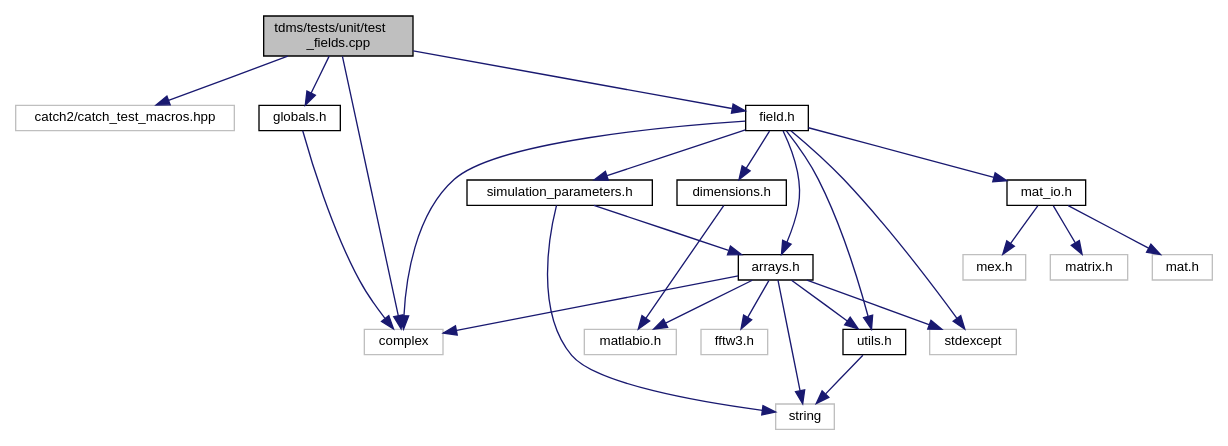
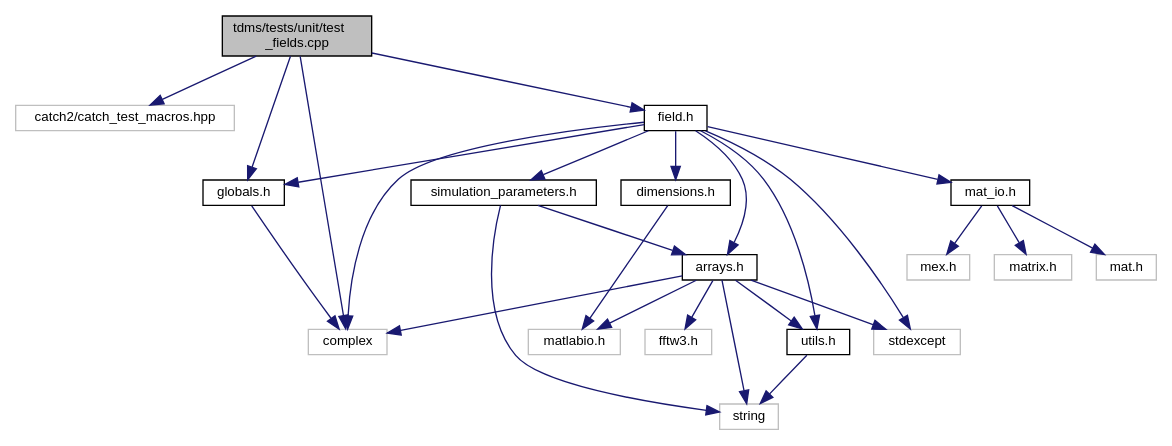
The diagram in test__fields_8cpp__incl.dot (UCL/TDMS), drawn with Graphviz before and after one commit. The commit also changed 173 other files, not shown here.

```diff
--- a/test__fields_8cpp__incl.dot
+++ b/test__fields_8cpp__incl.dot
@@ -1,48 +1,49 @@
 digraph "tdms/tests/unit/test_fields.cpp"
 {
  // LATEX_PDF_SIZE
   edge [fontname="Helvetica",fontsize="10",labelfontname="Helvetica",labelfontsize="10"];
   node [fontname="Helvetica",fontsize="10",shape=record];
   Node1 [label="tdms/tests/unit/test\l_fields.cpp",height=0.2,width=0.4,color="black", fillcolor="grey75", style="filled", fontcolor="black",tooltip="Test of the Field class and subclasses."];
   Node1 -> Node2 [color="midnightblue",fontsize="10",style="solid",fontname="Helvetica"];
   Node2 [label="catch2/catch_test_macros.hpp",height=0.2,width=0.4,color="grey75", fillcolor="white", style="filled",tooltip=" "];
   Node1 -> Node3 [color="midnightblue",fontsize="10",style="solid",fontname="Helvetica"];
   Node3 [label="complex",height=0.2,width=0.4,color="grey75", fillcolor="white", style="filled",tooltip=" "];
   Node1 -> Node4 [color="midnightblue",fontsize="10",style="solid",fontname="Helvetica"];
   Node4 [label="field.h",height=0.2,width=0.4,color="black", fillcolor="white", style="filled",URL="$field_8h.html",tooltip="Classes for the electric and magnetic (split) fields on a grid."];
   Node4 -> Node3 [color="midnightblue",fontsize="10",style="solid",fontname="Helvetica"];
   Node4 -> Node5 [color="midnightblue",fontsize="10",style="solid",fontname="Helvetica"];
   Node5 [label="stdexcept",height=0.2,width=0.4,color="grey75", fillcolor="white", style="filled",tooltip=" "];
   Node4 -> Node6 [color="midnightblue",fontsize="10",style="solid",fontname="Helvetica"];
   Node6 [label="arrays.h",height=0.2,width=0.4,color="black", fillcolor="white", style="filled",URL="$arrays_8h.html",tooltip="Classes describing arrays, vertices etc."];
   Node6 -> Node3 [color="midnightblue",fontsize="10",style="solid",fontname="Helvetica"];
   Node6 -> Node7 [color="midnightblue",fontsize="10",style="solid",fontname="Helvetica"];
   Node7 [label="string",height=0.2,width=0.4,color="grey75", fillcolor="white", style="filled",tooltip=" "];
   Node6 -> Node8 [color="midnightblue",fontsize="10",style="solid",fontname="Helvetica"];
   Node8 [label="fftw3.h",height=0.2,width=0.4,color="grey75", fillcolor="white", style="filled",tooltip=" "];
   Node6 -> Node5 [color="midnightblue",fontsize="10",style="solid",fontname="Helvetica"];
   Node6 -> Node9 [color="midnightblue",fontsize="10",style="solid",fontname="Helvetica"];
   Node9 [label="matlabio.h",height=0.2,width=0.4,color="grey75", fillcolor="white", style="filled",tooltip=" "];
   Node6 -> Node10 [color="midnightblue",fontsize="10",style="solid",fontname="Helvetica"];
   Node10 [label="utils.h",height=0.2,width=0.4,color="black", fillcolor="white", style="filled",URL="$utils_8h.html",tooltip="Useful miscellaneous utility functions."];
   Node10 -> Node7 [color="midnightblue",fontsize="10",style="solid",fontname="Helvetica"];
   Node4 -> Node11 [color="midnightblue",fontsize="10",style="solid",fontname="Helvetica"];
   Node11 [label="dimensions.h",height=0.2,width=0.4,color="black", fillcolor="white", style="filled",URL="$dimensions_8h.html",tooltip=" "];
   Node11 -> Node9 [color="midnightblue",fontsize="10",style="solid",fontname="Helvetica"];
   Node4 -> Node12 [color="midnightblue",fontsize="10",style="solid",fontname="Helvetica"];
   Node12 [label="mat_io.h",height=0.2,width=0.4,color="black", fillcolor="white", style="filled",URL="$mat__io_8h.html",tooltip="Includes MATLAB headers for I/O."];
   Node12 -> Node13 [color="midnightblue",fontsize="10",style="solid",fontname="Helvetica"];
   Node13 [label="mat.h",height=0.2,width=0.4,color="grey75", fillcolor="white", style="filled",tooltip=" "];
   Node12 -> Node14 [color="midnightblue",fontsize="10",style="solid",fontname="Helvetica"];
   Node14 [label="mex.h",height=0.2,width=0.4,color="grey75", fillcolor="white", style="filled",tooltip=" "];
   Node12 -> Node15 [color="midnightblue",fontsize="10",style="solid",fontname="Helvetica"];
   Node15 [label="matrix.h",height=0.2,width=0.4,color="grey75", fillcolor="white", style="filled",tooltip=" "];
   Node4 -> Node16 [color="midnightblue",fontsize="10",style="solid",fontname="Helvetica"];
   Node16 [label="simulation_parameters.h",height=0.2,width=0.4,color="black", fillcolor="white", style="filled",URL="$simulation__parameters_8h.html",tooltip="Classes collecting parameters for the simulation."];
   Node16 -> Node7 [color="midnightblue",fontsize="10",style="solid",fontname="Helvetica"];
   Node16 -> Node6 [color="midnightblue",fontsize="10",style="solid",fontname="Helvetica"];
   Node4 -> Node10 [color="midnightblue",fontsize="10",style="solid",fontname="Helvetica"];
-  Node1 -> Node17 [color="midnightblue",fontsize="10",style="solid",fontname="Helvetica"];
+  Node4 -> Node17 [color="midnightblue",fontsize="10",style="solid",fontname="Helvetica"];
   Node17 [label="globals.h",height=0.2,width=0.4,color="black", fillcolor="white", style="filled",URL="$globals_8h.html",tooltip="Type definitions and global constants."];
   Node17 -> Node3 [color="midnightblue",fontsize="10",style="solid",fontname="Helvetica"];
+  Node1 -> Node17 [color="midnightblue",fontsize="10",style="solid",fontname="Helvetica"];
 }
```
